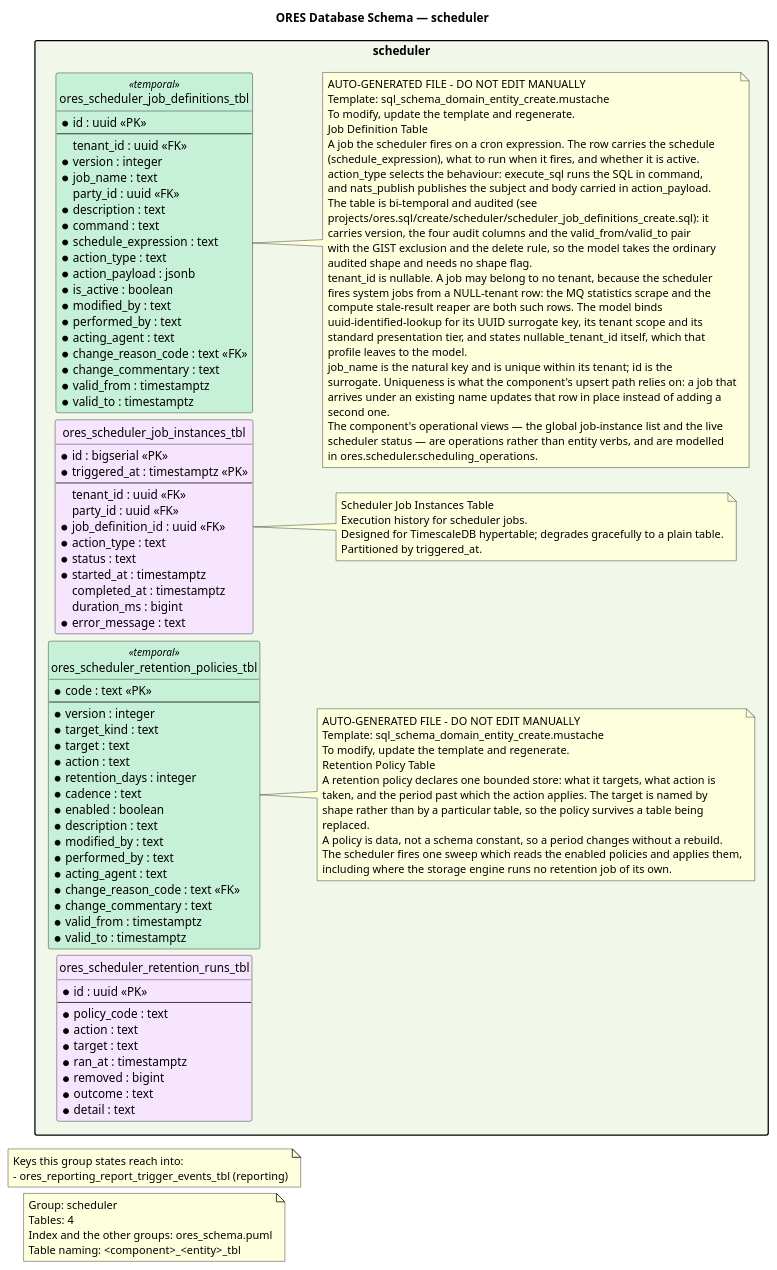
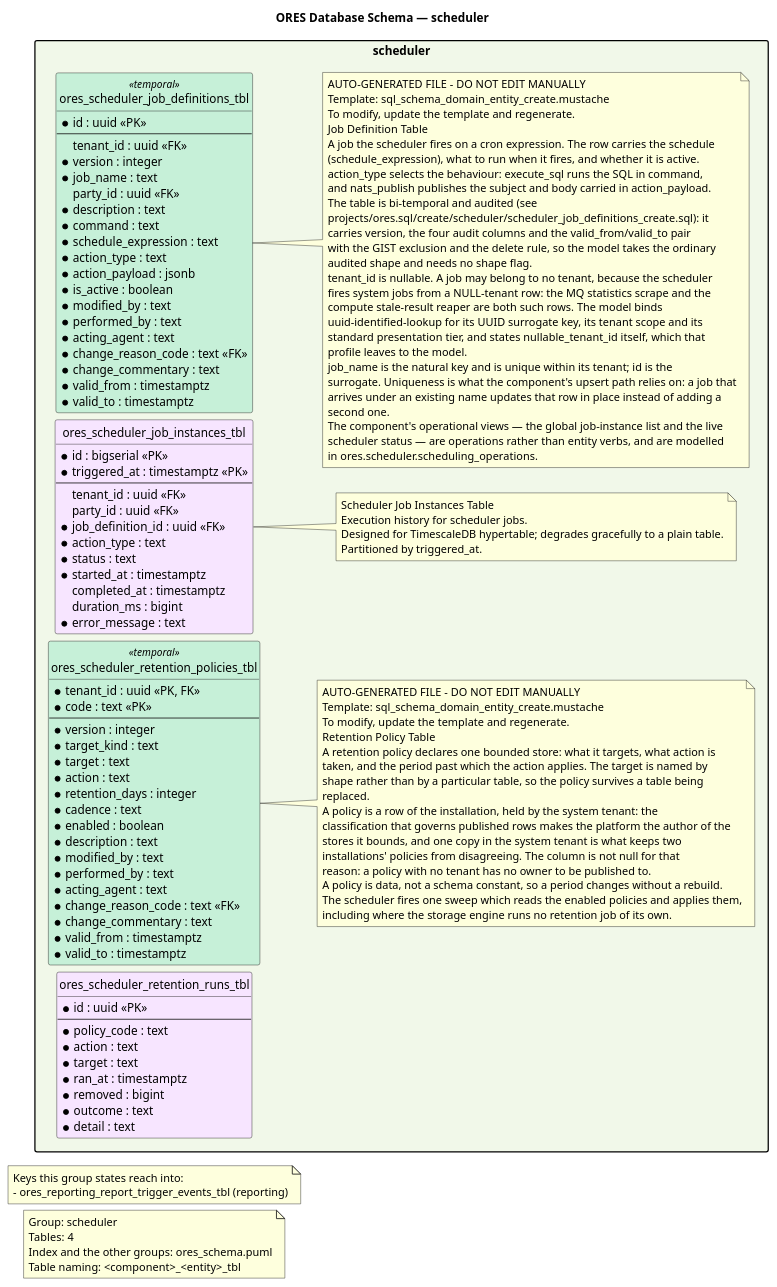
One commit to OreStudio/OreStudio changed the diagram in projects/ores.sql/modeling/ores_schema.scheduler.puml. Above: the diagram before and after it, drawn with PlantUML. The commit also changed 19 other files, not shown here.

First line of the commit message:
[scheduler] Hold the retention policies in the system tenant

```diff
--- a/projects/ores.sql/modeling/ores_schema.scheduler.puml
+++ b/projects/ores.sql/modeling/ores_schema.scheduler.puml
@@ -21,158 +21,164 @@
 @startuml
 
 title ORES Database Schema — scheduler
 hide circle
 skinparam linetype ortho
 
 ' Layout: left-to-right stacks packages vertically
 left to right direction
 skinparam packageStyle rectangle
 skinparam nodesep 8
 skinparam ranksep 20
 
 note as GroupNote
 Group: scheduler
 Tables: 4
 Index and the other groups: ores_schema.puml
 Table naming: <component>_<entity>_tbl
 end note
 
 note as OtherGroups
 Keys this group states reach into:
 - ores_reporting_report_trigger_events_tbl (reporting)
 end note
 
 '
 ' ==================== scheduler (Job Scheduler) ====================
 '
 package "scheduler" #F1F8E9 {
     entity ores_scheduler_job_definitions_tbl <<temporal>> #C6F0D8 {
         * id : uuid <<PK>>
         --
           tenant_id : uuid <<FK>>
         * version : integer
         * job_name : text
           party_id : uuid <<FK>>
         * description : text
         * command : text
         * schedule_expression : text
         * action_type : text
         * action_payload : jsonb
         * is_active : boolean
         * modified_by : text
         * performed_by : text
         * acting_agent : text
         * change_reason_code : text <<FK>>
         * change_commentary : text
         * valid_from : timestamptz
         * valid_to : timestamptz
     }
 
     note right of ores_scheduler_job_definitions_tbl
     AUTO-GENERATED FILE - DO NOT EDIT MANUALLY
     Template: sql_schema_domain_entity_create.mustache
     To modify, update the template and regenerate.
     Job Definition Table
     A job the scheduler fires on a cron expression. The row carries the schedule
     (schedule_expression), what to run when it fires, and whether it is active.
     action_type selects the behaviour: execute_sql runs the SQL in command,
     and nats_publish publishes the subject and body carried in action_payload.
     The table is bi-temporal and audited (see
     projects/ores.sql/create/scheduler/scheduler_job_definitions_create.sql): it
     carries version, the four audit columns and the valid_from/valid_to pair
     with the GIST exclusion and the delete rule, so the model takes the ordinary
     audited shape and needs no shape flag.
     tenant_id is nullable. A job may belong to no tenant, because the scheduler
     fires system jobs from a NULL-tenant row: the MQ statistics scrape and the
     compute stale-result reaper are both such rows. The model binds
     uuid-identified-lookup for its UUID surrogate key, its tenant scope and its
     standard presentation tier, and states nullable_tenant_id itself, which that
     profile leaves to the model.
     job_name is the natural key and is unique within its tenant; id is the
     surrogate. Uniqueness is what the component's upsert path relies on: a job that
     arrives under an existing name updates that row in place instead of adding a
     second one.
     The component's operational views — the global job-instance list and the live
     scheduler status — are operations rather than entity verbs, and are modelled
     in ores.scheduler.scheduling_operations.
     end note
 
     entity ores_scheduler_job_instances_tbl  #F7E5FF {
         * id : bigserial <<PK>>
         * triggered_at : timestamptz <<PK>>
         --
           tenant_id : uuid <<FK>>
           party_id : uuid <<FK>>
         * job_definition_id : uuid <<FK>>
         * action_type : text
         * status : text
         * started_at : timestamptz
           completed_at : timestamptz
           duration_ms : bigint
         * error_message : text
     }
 
     note right of ores_scheduler_job_instances_tbl
     Scheduler Job Instances Table
     Execution history for scheduler jobs.
     Designed for TimescaleDB hypertable; degrades gracefully to a plain table.
     Partitioned by triggered_at.
     end note
 
     entity ores_scheduler_retention_policies_tbl <<temporal>> #C6F0D8 {
+        * tenant_id : uuid <<PK, FK>>
         * code : text <<PK>>
         --
         * version : integer
         * target_kind : text
         * target : text
         * action : text
         * retention_days : integer
         * cadence : text
         * enabled : boolean
         * description : text
         * modified_by : text
         * performed_by : text
         * acting_agent : text
         * change_reason_code : text <<FK>>
         * change_commentary : text
         * valid_from : timestamptz
         * valid_to : timestamptz
     }
 
     note right of ores_scheduler_retention_policies_tbl
     AUTO-GENERATED FILE - DO NOT EDIT MANUALLY
     Template: sql_schema_domain_entity_create.mustache
     To modify, update the template and regenerate.
     Retention Policy Table
     A retention policy declares one bounded store: what it targets, what action is
     taken, and the period past which the action applies. The target is named by
     shape rather than by a particular table, so the policy survives a table being
     replaced.
+    A policy is a row of the installation, held by the system tenant: the
+    classification that governs published rows makes the platform the author of the
+    stores it bounds, and one copy in the system tenant is what keeps two
+    installations' policies from disagreeing. The column is not null for that
+    reason: a policy with no tenant has no owner to be published to.
     A policy is data, not a schema constant, so a period changes without a rebuild.
     The scheduler fires one sweep which reads the enabled policies and applies them,
     including where the storage engine runs no retention job of its own.
     end note
 
     entity ores_scheduler_retention_runs_tbl  #F7E5FF {
         * id : uuid <<PK>>
         --
         * policy_code : text
         * action : text
         * target : text
         * ran_at : timestamptz
         * removed : bigint
         * outcome : text
         * detail : text
     }
 
 }
 
 
 '
 ' ==================== Relationships ====================
 '
 
 ' Local Variables:
 ' compile-command: "java -Djava.awt.headless=true -DPLANTUML_LIMIT_SIZE=131072 -jar /usr/share/plantuml/plantuml.jar ores_schema.scheduler.puml"
 ' End:
 @enduml
```
